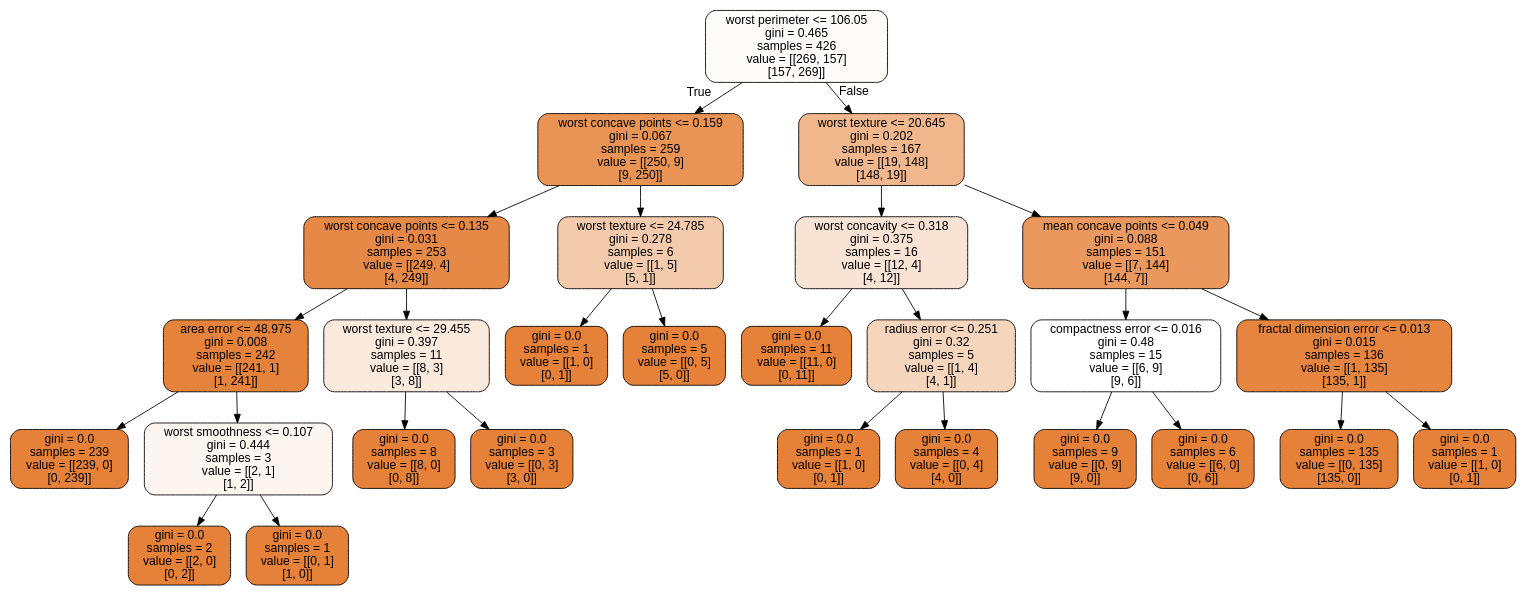
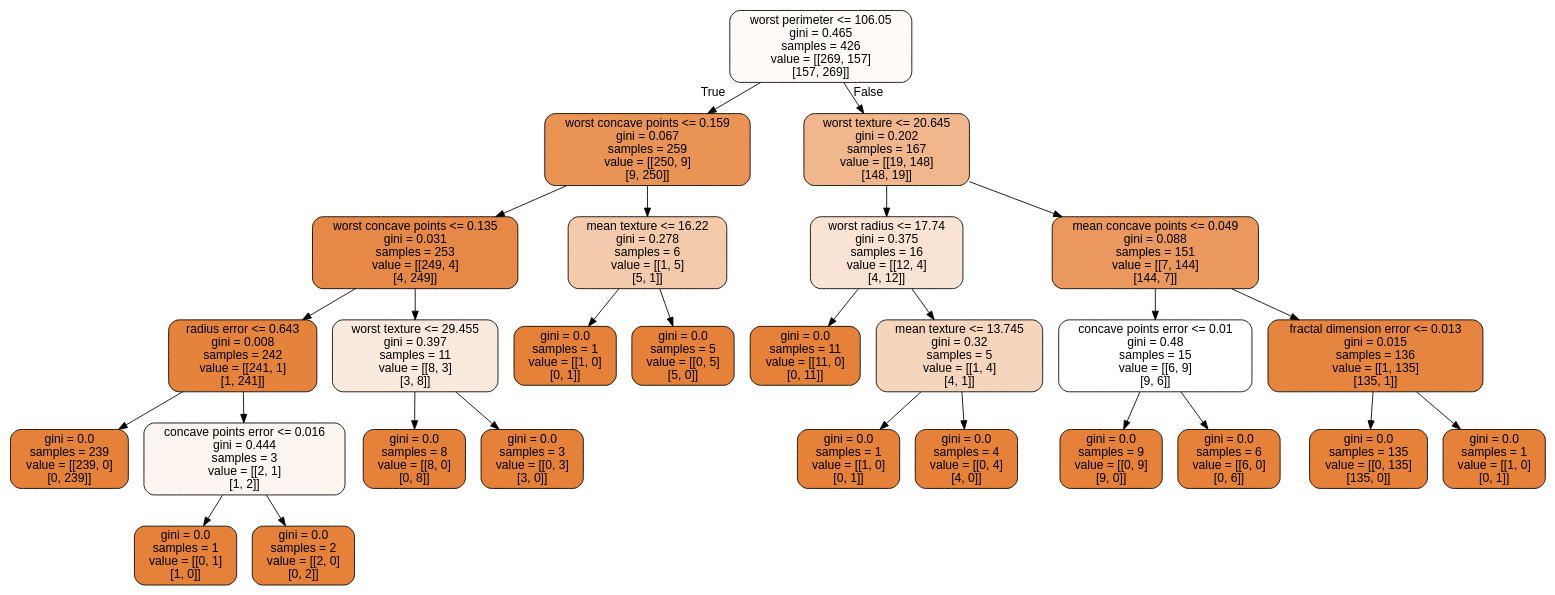
One commit to CompPhysics/MachineLearning changed the diagram in doc/LectureNotes/DataFiles/cancer.dot. Above: the diagram before and after it, drawn with Graphviz. The commit also changed 144 other files, not shown here.

```diff
--- a/doc/LectureNotes/DataFiles/cancer.dot
+++ b/doc/LectureNotes/DataFiles/cancer.dot
@@ -1,57 +1,57 @@
 digraph Tree {
 node [shape=box, style="filled, rounded", color="black", fontname="helvetica"] ;
 edge [fontname="helvetica"] ;
 0 [label="worst perimeter <= 106.05\ngini = 0.465\nsamples = 426\nvalue = [[269, 157]\n[157, 269]]", fillcolor="#fefbf9"] ;
 1 [label="worst concave points <= 0.159\ngini = 0.067\nsamples = 259\nvalue = [[250, 9]\n[9, 250]]", fillcolor="#e99355"] ;
 0 -> 1 [labeldistance=2.5, labelangle=45, headlabel="True"] ;
 2 [label="worst concave points <= 0.135\ngini = 0.031\nsamples = 253\nvalue = [[249, 4]\n[4, 249]]", fillcolor="#e78946"] ;
 1 -> 2 ;
-3 [label="area error <= 48.975\ngini = 0.008\nsamples = 242\nvalue = [[241, 1]\n[1, 241]]", fillcolor="#e5833c"] ;
+3 [label="radius error <= 0.643\ngini = 0.008\nsamples = 242\nvalue = [[241, 1]\n[1, 241]]", fillcolor="#e5833c"] ;
 2 -> 3 ;
 4 [label="gini = 0.0\nsamples = 239\nvalue = [[239, 0]\n[0, 239]]", fillcolor="#e58139"] ;
 3 -> 4 ;
-5 [label="worst smoothness <= 0.107\ngini = 0.444\nsamples = 3\nvalue = [[2, 1]\n[1, 2]]", fillcolor="#fdf6f0"] ;
+5 [label="concave points error <= 0.016\ngini = 0.444\nsamples = 3\nvalue = [[2, 1]\n[1, 2]]", fillcolor="#fdf6f0"] ;
 3 -> 5 ;
-6 [label="gini = 0.0\nsamples = 2\nvalue = [[2, 0]\n[0, 2]]", fillcolor="#e58139"] ;
+6 [label="gini = 0.0\nsamples = 1\nvalue = [[0, 1]\n[1, 0]]", fillcolor="#e58139"] ;
 5 -> 6 ;
-7 [label="gini = 0.0\nsamples = 1\nvalue = [[0, 1]\n[1, 0]]", fillcolor="#e58139"] ;
+7 [label="gini = 0.0\nsamples = 2\nvalue = [[2, 0]\n[0, 2]]", fillcolor="#e58139"] ;
 5 -> 7 ;
 8 [label="worst texture <= 29.455\ngini = 0.397\nsamples = 11\nvalue = [[8, 3]\n[3, 8]]", fillcolor="#fae9dd"] ;
 2 -> 8 ;
 9 [label="gini = 0.0\nsamples = 8\nvalue = [[8, 0]\n[0, 8]]", fillcolor="#e58139"] ;
 8 -> 9 ;
 10 [label="gini = 0.0\nsamples = 3\nvalue = [[0, 3]\n[3, 0]]", fillcolor="#e58139"] ;
 8 -> 10 ;
-11 [label="worst texture <= 24.785\ngini = 0.278\nsamples = 6\nvalue = [[1, 5]\n[5, 1]]", fillcolor="#f4caac"] ;
+11 [label="mean texture <= 16.22\ngini = 0.278\nsamples = 6\nvalue = [[1, 5]\n[5, 1]]", fillcolor="#f4caac"] ;
 1 -> 11 ;
 12 [label="gini = 0.0\nsamples = 1\nvalue = [[1, 0]\n[0, 1]]", fillcolor="#e58139"] ;
 11 -> 12 ;
 13 [label="gini = 0.0\nsamples = 5\nvalue = [[0, 5]\n[5, 0]]", fillcolor="#e58139"] ;
 11 -> 13 ;
 14 [label="worst texture <= 20.645\ngini = 0.202\nsamples = 167\nvalue = [[19, 148]\n[148, 19]]", fillcolor="#f0b68c"] ;
 0 -> 14 [labeldistance=2.5, labelangle=-45, headlabel="False"] ;
-15 [label="worst concavity <= 0.318\ngini = 0.375\nsamples = 16\nvalue = [[12, 4]\n[4, 12]]", fillcolor="#f9e3d4"] ;
+15 [label="worst radius <= 17.74\ngini = 0.375\nsamples = 16\nvalue = [[12, 4]\n[4, 12]]", fillcolor="#f9e3d4"] ;
 14 -> 15 ;
 16 [label="gini = 0.0\nsamples = 11\nvalue = [[11, 0]\n[0, 11]]", fillcolor="#e58139"] ;
 15 -> 16 ;
-17 [label="radius error <= 0.251\ngini = 0.32\nsamples = 5\nvalue = [[1, 4]\n[4, 1]]", fillcolor="#f6d5bd"] ;
+17 [label="mean texture <= 13.745\ngini = 0.32\nsamples = 5\nvalue = [[1, 4]\n[4, 1]]", fillcolor="#f6d5bd"] ;
 15 -> 17 ;
 18 [label="gini = 0.0\nsamples = 1\nvalue = [[1, 0]\n[0, 1]]", fillcolor="#e58139"] ;
 17 -> 18 ;
 19 [label="gini = 0.0\nsamples = 4\nvalue = [[0, 4]\n[4, 0]]", fillcolor="#e58139"] ;
 17 -> 19 ;
 20 [label="mean concave points <= 0.049\ngini = 0.088\nsamples = 151\nvalue = [[7, 144]\n[144, 7]]", fillcolor="#ea985d"] ;
 14 -> 20 ;
-21 [label="compactness error <= 0.016\ngini = 0.48\nsamples = 15\nvalue = [[6, 9]\n[9, 6]]", fillcolor="#ffffff"] ;
+21 [label="concave points error <= 0.01\ngini = 0.48\nsamples = 15\nvalue = [[6, 9]\n[9, 6]]", fillcolor="#ffffff"] ;
 20 -> 21 ;
 22 [label="gini = 0.0\nsamples = 9\nvalue = [[0, 9]\n[9, 0]]", fillcolor="#e58139"] ;
 21 -> 22 ;
 23 [label="gini = 0.0\nsamples = 6\nvalue = [[6, 0]\n[0, 6]]", fillcolor="#e58139"] ;
 21 -> 23 ;
 24 [label="fractal dimension error <= 0.013\ngini = 0.015\nsamples = 136\nvalue = [[1, 135]\n[135, 1]]", fillcolor="#e6853f"] ;
 20 -> 24 ;
 25 [label="gini = 0.0\nsamples = 135\nvalue = [[0, 135]\n[135, 0]]", fillcolor="#e58139"] ;
 24 -> 25 ;
 26 [label="gini = 0.0\nsamples = 1\nvalue = [[1, 0]\n[0, 1]]", fillcolor="#e58139"] ;
 24 -> 26 ;
 }
```
